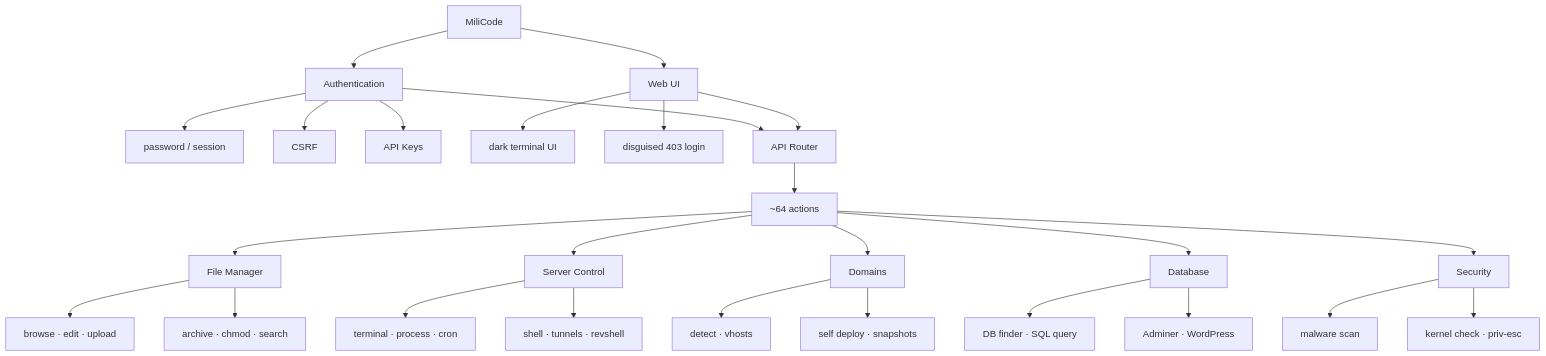
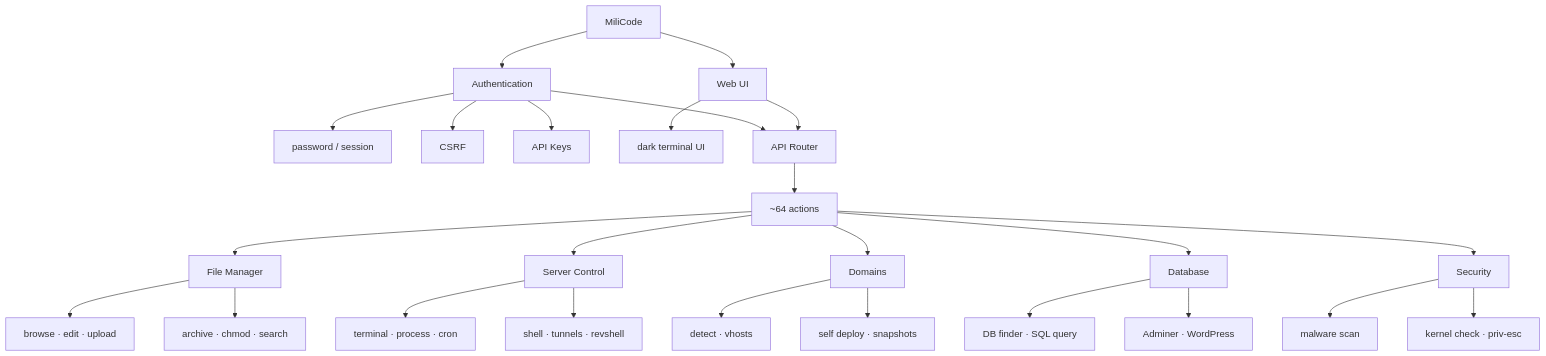
Before and after one commit to adnansantana/MiliCode-FileManager: the diagram in readme.md, drawn with Mermaid. The commit also changed other lines of this file, not shown here.

````diff
--- a/readme.md
+++ b/readme.md
@@ -35,39 +35,38 @@
 ```mermaid
 flowchart TB
   MC[MiliCode]
 
   MC --> AUTH[Authentication]
   MC --> UI[Web UI]
 
   AUTH --> A1[password / session]
   AUTH --> A2[CSRF]
   AUTH --> A3[API Keys]
 
   UI --> U1[dark terminal UI]
-  UI --> U2[disguised 403 login]
 
   AUTH --> R[API Router]
   UI --> R
   R --> N["~64 actions"]
 
   N --> FM[File Manager]
   N --> SC[Server Control]
   N --> DM[Domains]
   N --> DB[Database]
   N --> SEC[Security]
 
   FM --> FM1[browse · edit · upload]
   FM --> FM2[archive · chmod · search]
 
   SC --> SC1[terminal · process · cron]
   SC --> SC2[shell · tunnels · revshell]
 
   DM --> DM1[detect · vhosts]
   DM --> DM2[self deploy · snapshots]
 
   DB --> DB1[DB finder · SQL query]
   DB --> DB2[Adminer · WordPress]
 
   SEC --> SEC1[malware scan]
   SEC --> SEC2[kernel check · priv-esc]
 ```
````
